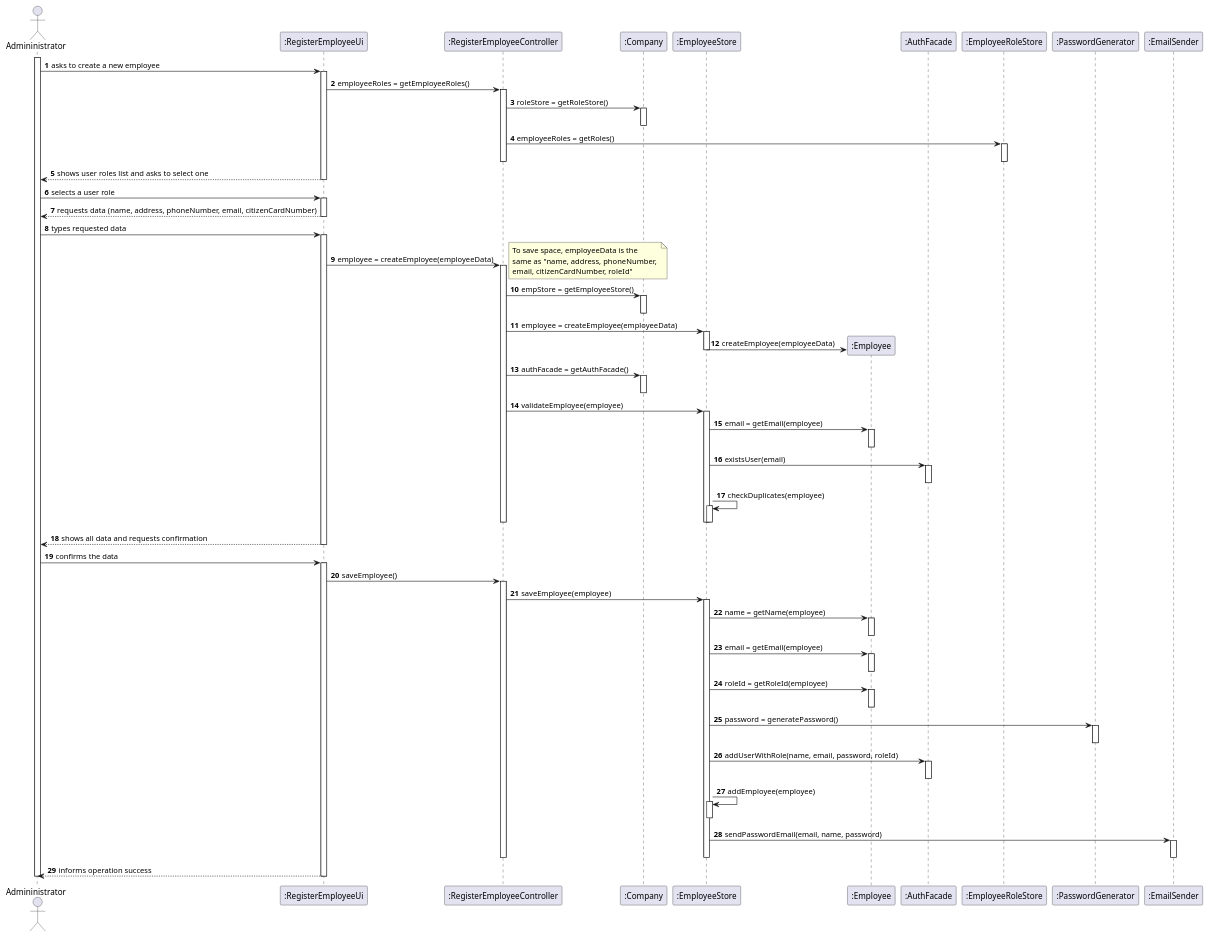
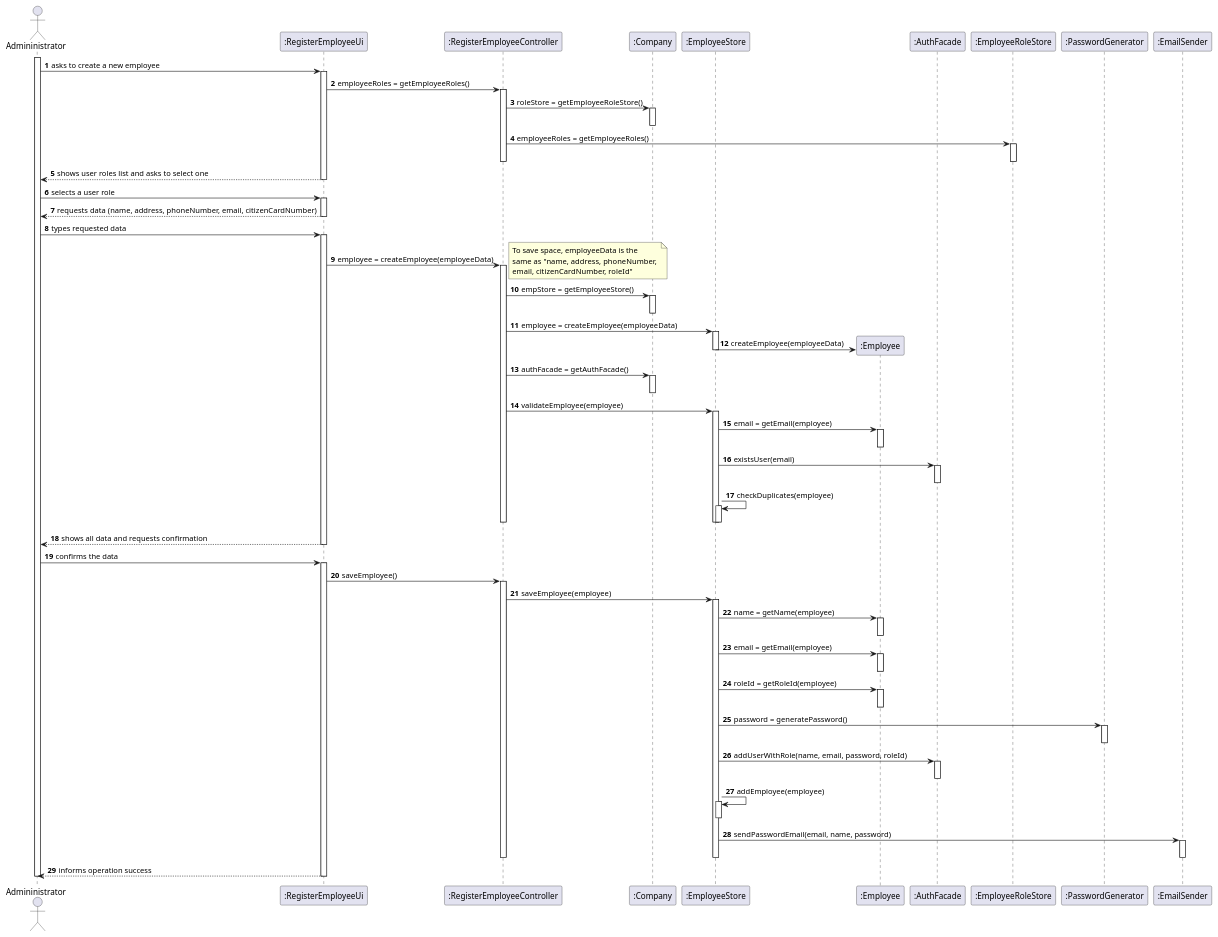
Before and after one commit to miseEnPlace-i/lapr2: the diagram in docs/SprintB/US10/SD/US10_SD.puml, drawn with PlantUML. The commit also changed 2 other files, not shown here.

```diff
--- a/docs/SprintB/US10/SD/US10_SD.puml
+++ b/docs/SprintB/US10/SD/US10_SD.puml
@@ -1,110 +1,110 @@
 @startuml US10_SD
 autonumber
 ' hide footbox
 actor "Admininistrator" as admin
 
 participant ":RegisterEmployeeUi" as empUi
 participant ":RegisterEmployeeController" as empController
 participant ":Company" as comp
 participant ":EmployeeStore" as empStore
 participant ":Employee" as emp
 participant ":AuthFacade" as authFacade
 participant ":EmployeeRoleStore" as roleStore
 participant ":PasswordGenerator" as passGen
 participant  ":EmailSender" as emailSend
 
 activate admin
 
 admin -> empUi : asks to create a new employee
 
 activate empUi
     empUi -> empController : employeeRoles = getEmployeeRoles()
     activate empController
-        empController -> comp : roleStore = getRoleStore()
+        empController -> comp : roleStore = getEmployeeRoleStore()
         activate comp
         deactivate comp
-        empController -> roleStore : employeeRoles = getRoles()
+        empController -> roleStore : employeeRoles = getEmployeeRoles()
         activate roleStore
         deactivate roleStore
     deactivate empController
     empUi --> admin : shows user roles list and asks to select one
 deactivate empUi
 
 admin -> empUi : selects a user role
 
 activate empUi
     empUi --> admin : requests data (name, address, phoneNumber, email, citizenCardNumber)
 deactivate empUi
 
 admin -> empUi : types requested data
 
 activate empUi
     empUi -> empController : employee = createEmployee(employeeData)
     note right
         To save space, employeeData is the 
         same as "name, address, phoneNumber, 
         email, citizenCardNumber, roleId"
     end note
     activate empController
         empController -> comp : empStore = getEmployeeStore()
         activate comp
         deactivate comp
         empController -> empStore : employee = createEmployee(employeeData)
         activate empStore
             empStore -> emp** : createEmployee(employeeData)
         deactivate empStore
         empController -> comp : authFacade = getAuthFacade()
         activate comp
         deactivate comp
         empController -> empStore : validateEmployee(employee)
         activate empStore
             empStore -> emp : email = getEmail(employee)
             activate emp
             deactivate emp
             empStore -> authFacade : existsUser(email)
             activate authFacade
             deactivate authFacade
             empStore -> empStore : checkDuplicates(employee)
             activate empStore
             deactivate empStore
         deactivate empStore
     deactivate empController
     empUi --> admin : shows all data and requests confirmation
 deactivate empUi
             
 admin -> empUi : confirms the data
 
 activate empUi
     empUi -> empController : saveEmployee()
     activate empController
         empController -> empStore : saveEmployee(employee)
         activate empStore
             empStore -> emp : name = getName(employee)
             activate emp
             deactivate emp
             empStore -> emp : email = getEmail(employee)
             activate emp
             deactivate emp
             empStore -> emp : roleId = getRoleId(employee)
             activate emp
             deactivate emp
             empStore -> passGen : password = generatePassword()
             activate passGen
             deactivate passGen
             empStore -> authFacade : addUserWithRole(name, email, password, roleId)
             activate authFacade
             deactivate authFacade
             empStore -> empStore : addEmployee(employee)
             activate empStore
             deactivate empStore
             empStore -> emailSend : sendPasswordEmail(email, name, password)
             activate emailSend
             deactivate emailSend
         deactivate empStore
     deactivate empController
     empUi --> admin : informs operation success
 deactivate empUi
 
 deactivate admin
 
 @enduml
```
